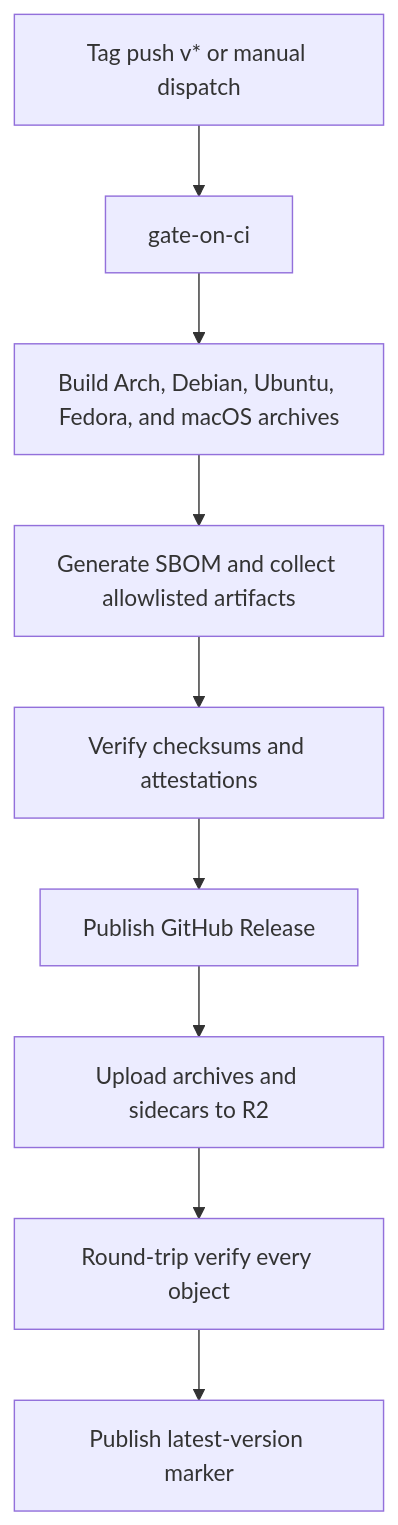
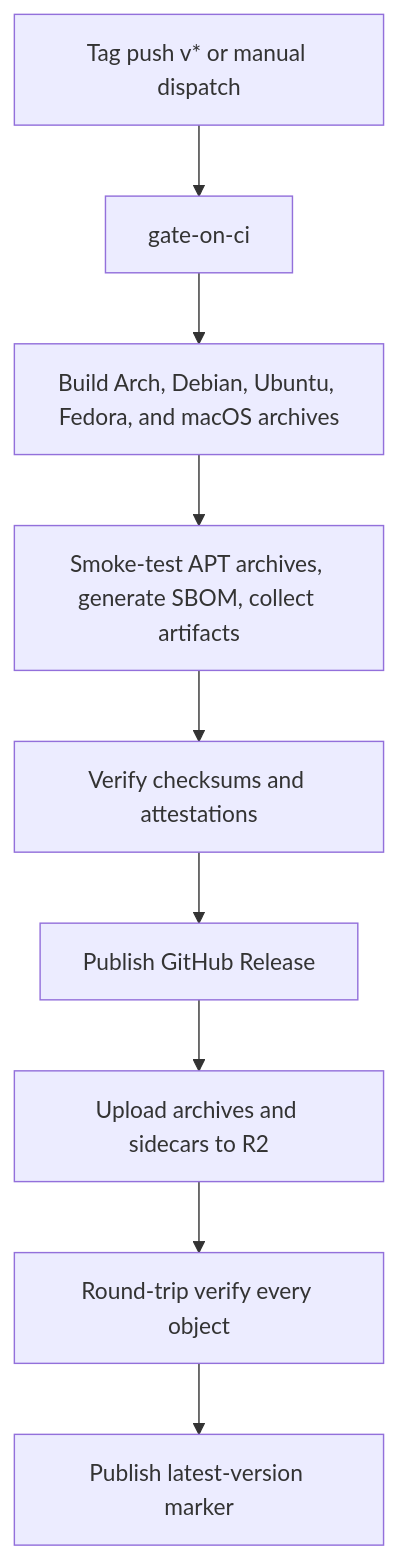
The diagram in docs/release-operations.md (omg-cli/omg), drawn with Mermaid before and after one commit. The commit also changed other lines of this file and 51 other files, not shown here.

````diff
--- a/docs/release-operations.md
+++ b/docs/release-operations.md
@@ -11,11 +17,11 @@
 ```mermaid
 flowchart TD
     A[Tag push v* or manual dispatch] --> B[gate-on-ci]
     B --> C[Build Arch, Debian, Ubuntu, Fedora, and macOS archives]
-    C --> D[Generate SBOM and collect allowlisted artifacts]
+    C --> D[Smoke-test APT archives, generate SBOM, collect artifacts]
     D --> E[Verify checksums and attestations]
     E --> F[Publish GitHub Release]
     F --> G[Upload archives and sidecars to R2]
     G --> H[Round-trip verify every object]
     H --> I[Publish latest-version marker]
 ```
````
